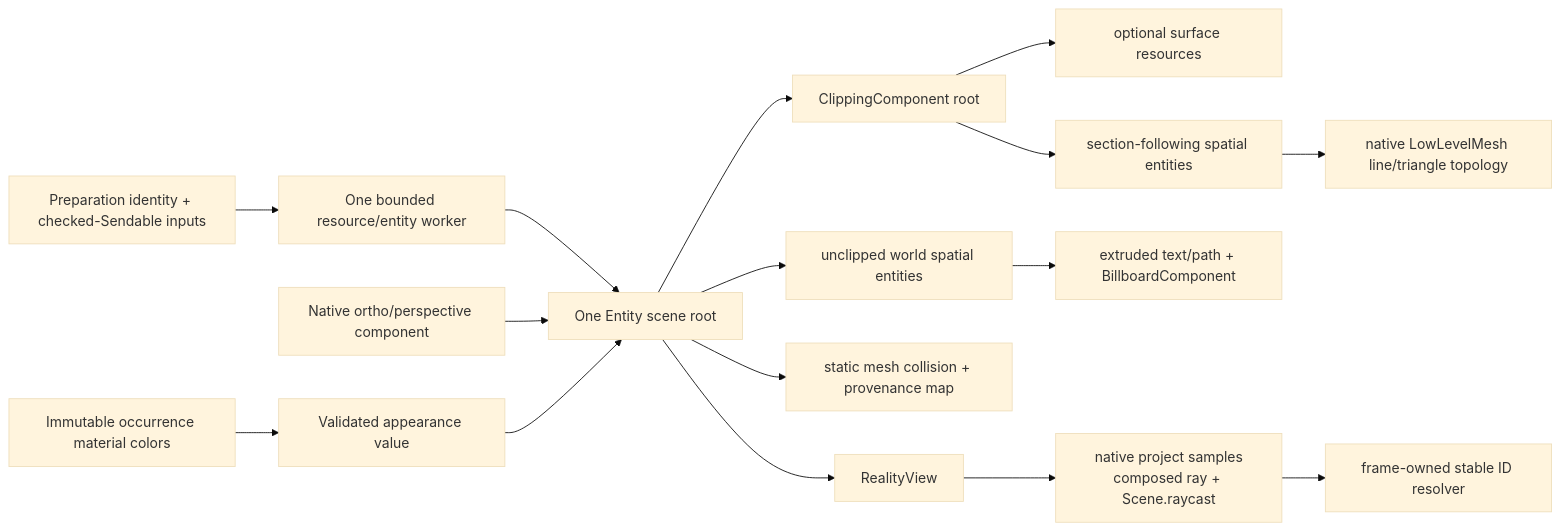
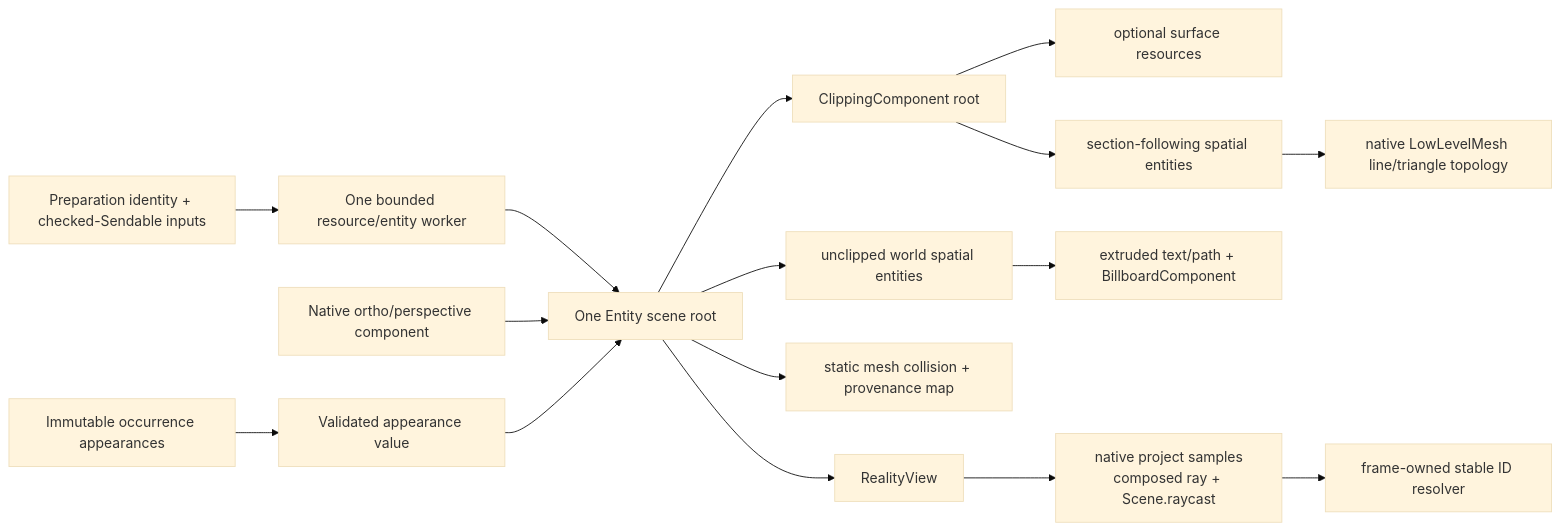
The diagram in RupaKit/Sources/RupaRendering/RealityViewport/DESIGN.md (1amageek/Rupa), drawn with Mermaid (base theme) before and after one commit. The commit also changed other lines of this file and 26 other files, not shown here.

````diff
--- a/RupaKit/Sources/RupaRendering/RealityViewport/DESIGN.md
+++ b/RupaKit/Sources/RupaRendering/RealityViewport/DESIGN.md
@@ -57,18 +57,18 @@
 ```mermaid
 flowchart LR
     Frame["Preparation identity + checked-Sendable inputs"] --> Build["One bounded resource/entity worker"]
-    Colors["Immutable occurrence material colors"] --> Appearance["Validated appearance value"]
+    Colors["Immutable occurrence appearances"] --> Appearance["Validated appearance value"]
     Build --> Root["One Entity scene root"]
     Camera["Native ortho/perspective component"] --> Root
     Root --> Clip["ClippingComponent root"]
     Clip --> Surface["optional surface resources"]
     Clip --> Sectioned["section-following spatial entities"]
     Root --> World["unclipped world spatial entities"]
     Sectioned --> Lines["native LowLevelMesh line/triangle topology"]
     World --> Labels["extruded text/path + BillboardComponent"]
     Root --> Collision["static mesh collision + provenance map"]
     Root --> View["RealityView"]
     Appearance --> Root
     View --> Query["native project samples\ncomposed ray + Scene.raycast"]
     Query --> Resolve["frame-owned stable ID resolver"]
 ```
````
